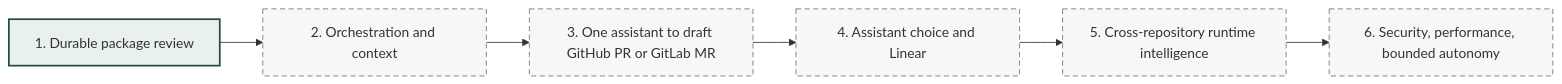
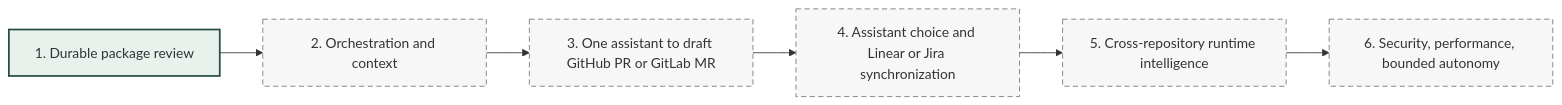
The fourth of 4 diagrams in docs/architecture/system.md (phenixrizen/conductor), drawn with Mermaid before and after one commit. The commit also changed other lines of this file and 8 other files, not shown here.

Commit message:
docs: define one Linear or Jira tracker per workspace

````diff
--- a/docs/architecture/system.md
+++ b/docs/architecture/system.md
@@ -147,13 +147,13 @@
 ```mermaid
 flowchart LR
     M1[1. Durable package review] --> M2[2. Orchestration and context]
     M2 --> M3[3. One assistant to draft GitHub PR or GitLab MR]
-    M3 --> M4[4. Assistant choice and Linear]
+    M3 --> M4[4. Assistant choice and Linear or Jira synchronization]
     M4 --> M5[5. Cross-repository runtime intelligence]
     M5 --> M6[6. Security, performance, bounded autonomy]
 
     classDef active fill:#e8f1ec,stroke:#244c3f,stroke-width:2px;
     classDef planned fill:#f7f7f7,stroke:#777,stroke-dasharray:6 4;
     class M1 active;
     class M2,M3,M4,M5,M6 planned;
 ```
````
